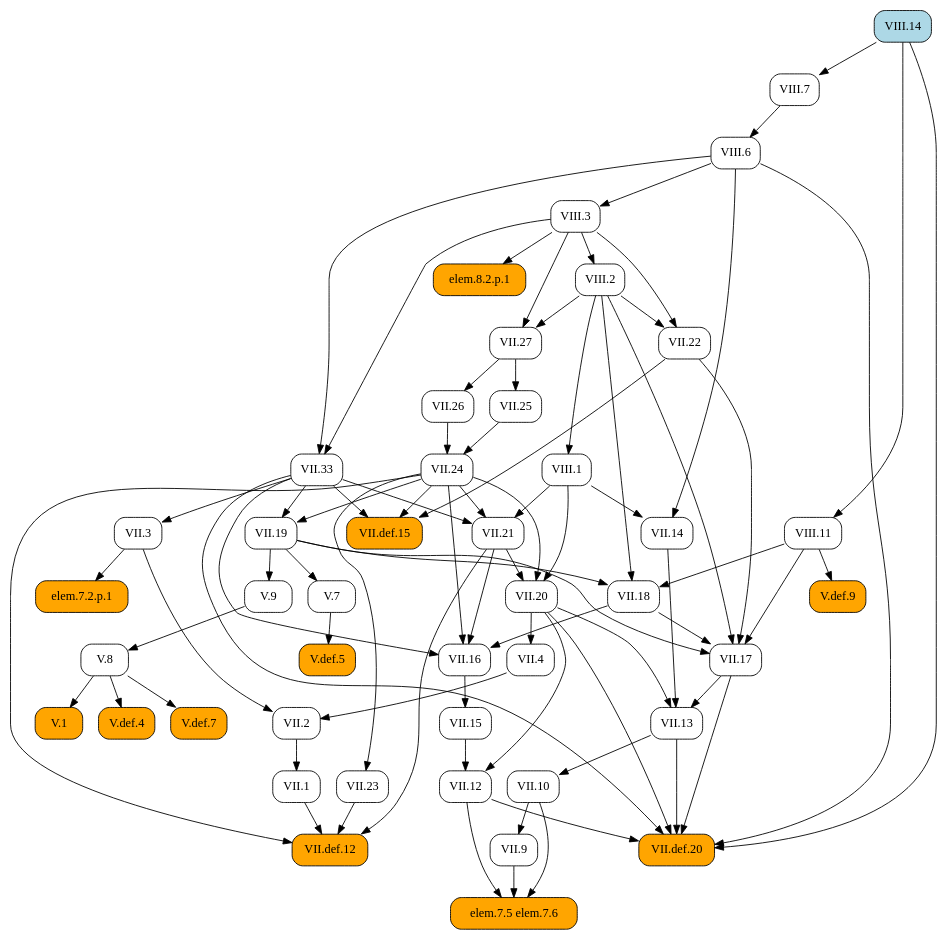
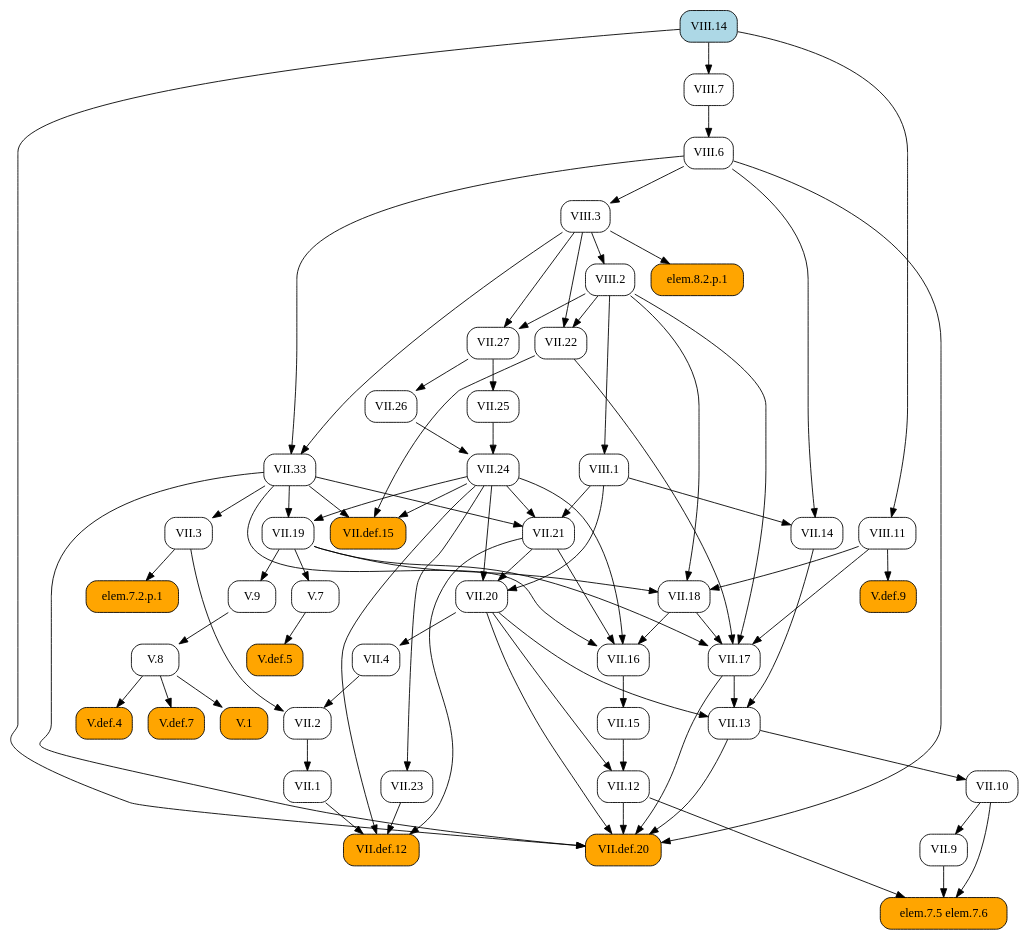
Before and after one commit to geometor/elements: the diagram in docsrc/heath/VIII/14/index.rst, drawn with Graphviz. The commit also changed other lines of this file and 1029 other files, not shown here.

```diff
--- a/docsrc/heath/VIII/14/index.rst
+++ b/docsrc/heath/VIII/14/index.rst
@@ -42,82 +42,121 @@
    digraph {
      rankdir="TB";
      node [shape=box, style=rounded];
-     "V.1" [style="rounded,filled", fillcolor=orange, URL="/heath/V/1/", target="_top"];
+     "VII.1" [URL="/heath/VII/1/", target="_top"];
+     "VII.9" [URL="/heath/VII/9/", target="_top"];
+     "V.def.5" [style="rounded,filled", fillcolor=orange, URL="/heath/V/def.5/", target="_top"];
+     "VII.3" [URL="/heath/VII/3/", target="_top"];
+     "VII.17" [URL="/heath/VII/17/", target="_top"];
+     "elem.7.5 elem.7.6" [style="rounded,filled", fillcolor=orange];
+     "V.7" [URL="/heath/V/7/", target="_top"];
+     "V.9" [URL="/heath/V/9/", target="_top"];
+     "VII.13" [URL="/heath/VII/13/", target="_top"];
+     "VII.2" [URL="/heath/VII/2/", target="_top"];
+     "VIII.1" [URL="/heath/VIII/1/", target="_top"];
+     "VIII.2" [URL="/heath/VIII/2/", target="_top"];
      "VII.12" [URL="/heath/VII/12/", target="_top"];
-     "VII.16" [URL="/heath/VII/16/", target="_top"];
-     "VII.13" [URL="/heath/VII/13/", target="_top"];
+     "VIII.14" [style="rounded,filled", fillcolor=lightblue, URL="/heath/VIII/14/", target="_top"];
+     "VIII.6" [URL="/heath/VIII/6/", target="_top"];
+     "VII.24" [URL="/heath/VII/24/", target="_top"];
+     "VII.def.12" [style="rounded,filled", fillcolor=orange, URL="/heath/VII/def.12/", target="_top"];
+     "V.8" [URL="/heath/V/8/", target="_top"];
+     "VII.33" [URL="/heath/VII/33/", target="_top"];
+     "V.def.9" [style="rounded,filled", fillcolor=orange, URL="/heath/V/def.9/", target="_top"];
+     "elem.7.2.p.1" [style="rounded,filled", fillcolor=orange];
      "VIII.7" [URL="/heath/VIII/7/", target="_top"];
-     "VII.14" [URL="/heath/VII/14/", target="_top"];
-     "V.def.4" [style="rounded,filled", fillcolor=orange, URL="/heath/V/def.4/", target="_top"];
+     "VII.10" [URL="/heath/VII/10/", target="_top"];
      "VII.def.15" [style="rounded,filled", fillcolor=orange, URL="/heath/VII/def.15/", target="_top"];
      "VII.18" [URL="/heath/VII/18/", target="_top"];
-     "V.8" [URL="/heath/V/8/", target="_top"];
+     "VII.19" [URL="/heath/VII/19/", target="_top"];
+     "VIII.11" [URL="/heath/VIII/11/", target="_top"];
+     "VII.16" [URL="/heath/VII/16/", target="_top"];
+     "VII.26" [URL="/heath/VII/26/", target="_top"];
+     "VII.4" [URL="/heath/VII/4/", target="_top"];
+     "VII.25" [URL="/heath/VII/25/", target="_top"];
      "VII.21" [URL="/heath/VII/21/", target="_top"];
-     "V.7" [URL="/heath/V/7/", target="_top"];
+     "V.1" [style="rounded,filled", fillcolor=orange, URL="/heath/V/1/", target="_top"];
+     "VII.20" [URL="/heath/VII/20/", target="_top"];
+     "VII.14" [URL="/heath/VII/14/", target="_top"];
+     "VII.27" [URL="/heath/VII/27/", target="_top"];
+     "VIII.3" [URL="/heath/VIII/3/", target="_top"];
+     "V.def.4" [style="rounded,filled", fillcolor=orange, URL="/heath/V/def.4/", target="_top"];
+     "VII.22" [URL="/heath/VII/22/", target="_top"];
+     "V.def.7" [style="rounded,filled", fillcolor=orange, URL="/heath/V/def.7/", target="_top"];
+     "VII.23" [URL="/heath/VII/23/", target="_top"];
      "VII.15" [URL="/heath/VII/15/", target="_top"];
-     "VII.def.12" [style="rounded,filled", fillcolor=orange, URL="/heath/VII/def.12/", target="_top"];
-     "VII.2" [URL="/heath/VII/2/", target="_top"];
      "VII.def.20" [style="rounded,filled", fillcolor=orange, URL="/heath/VII/def.20/", target="_top"];
-     "VII.3" [URL="/heath/VII/3/", target="_top"];
-     "elem.7.5 elem.7.6" [style="rounded,filled", fillcolor=orange];
      "elem.8.2.p.1" [style="rounded,filled", fillcolor=orange];
-     "VII.10" [URL="/heath/VII/10/", target="_top"];
-     "V.def.7" [style="rounded,filled", fillcolor=orange, URL="/heath/V/def.7/", target="_top"];
-     "V.def.9" [style="rounded,filled", fillcolor=orange, URL="/heath/V/def.9/", target="_top"];
-     "VII.20" [URL="/heath/VII/20/", target="_top"];
-     "VIII.14" [style="rounded,filled", fillcolor=lightblue, URL="/heath/VIII/14/", target="_top"];
-     "VIII.11" [URL="/heath/VIII/11/", target="_top"];
-     "VII.9" [URL="/heath/VII/9/", target="_top"];
-     "VIII.1" [URL="/heath/VIII/1/", target="_top"];
-     "VII.25" [URL="/heath/VII/25/", target="_top"];
-     "VII.23" [URL="/heath/VII/23/", target="_top"];
-     "VII.27" [URL="/heath/VII/27/", target="_top"];
-     "VIII.2" [URL="/heath/VIII/2/", target="_top"];
-     "VII.24" [URL="/heath/VII/24/", target="_top"];
-     "VIII.3" [URL="/heath/VIII/3/", target="_top"];
-     "VII.19" [URL="/heath/VII/19/", target="_top"];
-     "VII.4" [URL="/heath/VII/4/", target="_top"];
-     "elem.7.2.p.1" [style="rounded,filled", fillcolor=orange];
-     "V.9" [URL="/heath/V/9/", target="_top"];
-     "VII.26" [URL="/heath/VII/26/", target="_top"];
-     "VIII.6" [URL="/heath/VIII/6/", target="_top"];
-     "VII.22" [URL="/heath/VII/22/", target="_top"];
-     "VII.1" [URL="/heath/VII/1/", target="_top"];
-     "VII.33" [URL="/heath/VII/33/", target="_top"];
-     "V.def.5" [style="rounded,filled", fillcolor=orange, URL="/heath/V/def.5/", target="_top"];
-     "VII.17" [URL="/heath/VII/17/", target="_top"];
-     "V.8" -> "V.1";
-     "VII.15" -> "VII.12";
-     "VII.20" -> "VII.12";
-     "VII.18" -> "VII.16";
-     "VII.21" -> "VII.16";
-     "VII.24" -> "VII.16";
-     "VII.33" -> "VII.16";
+     "VII.2" -> "VII.1";
+     "VII.10" -> "VII.9";
+     "V.7" -> "V.def.5";
+     "VII.33" -> "VII.3";
+     "VII.18" -> "VII.17";
+     "VII.19" -> "VII.17";
+     "VII.22" -> "VII.17";
+     "VIII.2" -> "VII.17";
+     "VIII.11" -> "VII.17";
+     "VII.9" -> "elem.7.5 elem.7.6";
+     "VII.10" -> "elem.7.5 elem.7.6";
+     "VII.12" -> "elem.7.5 elem.7.6";
+     "VII.19" -> "V.7";
+     "VII.19" -> "V.9";
      "VII.14" -> "VII.13";
      "VII.17" -> "VII.13";
      "VII.20" -> "VII.13";
+     "VII.3" -> "VII.2";
+     "VII.4" -> "VII.2";
+     "VIII.2" -> "VIII.1";
+     "VIII.3" -> "VIII.2";
+     "VII.15" -> "VII.12";
+     "VII.20" -> "VII.12";
+     "VIII.7" -> "VIII.6";
+     "VII.25" -> "VII.24";
+     "VII.26" -> "VII.24";
+     "VII.1" -> "VII.def.12";
+     "VII.21" -> "VII.def.12";
+     "VII.23" -> "VII.def.12";
+     "VII.24" -> "VII.def.12";
+     "V.9" -> "V.8";
+     "VIII.3" -> "VII.33";
+     "VIII.6" -> "VII.33";
+     "VIII.11" -> "V.def.9";
+     "VII.3" -> "elem.7.2.p.1";
      "VIII.14" -> "VIII.7";
-     "VIII.1" -> "VII.14";
-     "VIII.6" -> "VII.14";
-     "V.8" -> "V.def.4";
+     "VII.13" -> "VII.10";
      "VII.22" -> "VII.def.15";
      "VII.24" -> "VII.def.15";
      "VII.33" -> "VII.def.15";
      "VII.19" -> "VII.18";
      "VIII.2" -> "VII.18";
      "VIII.11" -> "VII.18";
-     "V.9" -> "V.8";
+     "VII.24" -> "VII.19";
+     "VII.33" -> "VII.19";
+     "VIII.14" -> "VIII.11";
+     "VII.18" -> "VII.16";
+     "VII.21" -> "VII.16";
+     "VII.24" -> "VII.16";
+     "VII.33" -> "VII.16";
+     "VII.27" -> "VII.26";
+     "VII.20" -> "VII.4";
+     "VII.27" -> "VII.25";
      "VII.24" -> "VII.21";
      "VII.33" -> "VII.21";
      "VIII.1" -> "VII.21";
-     "VII.19" -> "V.7";
+     "V.8" -> "V.1";
+     "VII.21" -> "VII.20";
+     "VII.24" -> "VII.20";
+     "VIII.1" -> "VII.20";
+     "VIII.1" -> "VII.14";
+     "VIII.6" -> "VII.14";
+     "VIII.2" -> "VII.27";
+     "VIII.3" -> "VII.27";
+     "VIII.6" -> "VIII.3";
+     "V.8" -> "V.def.4";
+     "VIII.2" -> "VII.22";
+     "VIII.3" -> "VII.22";
+     "V.8" -> "V.def.7";
+     "VII.24" -> "VII.23";
      "VII.16" -> "VII.15";
-     "VII.1" -> "VII.def.12";
-     "VII.21" -> "VII.def.12";
-     "VII.23" -> "VII.def.12";
-     "VII.24" -> "VII.def.12";
-     "VII.3" -> "VII.2";
-     "VII.4" -> "VII.2";
      "VII.12" -> "VII.def.20";
      "VII.13" -> "VII.def.20";
      "VII.17" -> "VII.def.20";
@@ -125,44 +164,5 @@
      "VII.33" -> "VII.def.20";
      "VIII.6" -> "VII.def.20";
      "VIII.14" -> "VII.def.20";
-     "VII.33" -> "VII.3";
-     "VII.9" -> "elem.7.5 elem.7.6";
-     "VII.10" -> "elem.7.5 elem.7.6";
-     "VII.12" -> "elem.7.5 elem.7.6";
      "VIII.3" -> "elem.8.2.p.1";
-     "VII.13" -> "VII.10";
-     "V.8" -> "V.def.7";
-     "VIII.11" -> "V.def.9";
-     "VII.21" -> "VII.20";
-     "VII.24" -> "VII.20";
-     "VIII.1" -> "VII.20";
-     "VIII.14" -> "VIII.11";
-     "VII.10" -> "VII.9";
-     "VIII.2" -> "VIII.1";
-     "VII.27" -> "VII.25";
-     "VII.24" -> "VII.23";
-     "VIII.2" -> "VII.27";
-     "VIII.3" -> "VII.27";
-     "VIII.3" -> "VIII.2";
-     "VII.25" -> "VII.24";
-     "VII.26" -> "VII.24";
-     "VIII.6" -> "VIII.3";
-     "VII.24" -> "VII.19";
-     "VII.33" -> "VII.19";
-     "VII.20" -> "VII.4";
-     "VII.3" -> "elem.7.2.p.1";
-     "VII.19" -> "V.9";
-     "VII.27" -> "VII.26";
-     "VIII.7" -> "VIII.6";
-     "VIII.2" -> "VII.22";
-     "VIII.3" -> "VII.22";
-     "VII.2" -> "VII.1";
-     "VIII.3" -> "VII.33";
-     "VIII.6" -> "VII.33";
-     "V.7" -> "V.def.5";
-     "VII.18" -> "VII.17";
-     "VII.19" -> "VII.17";
-     "VII.22" -> "VII.17";
-     "VIII.2" -> "VII.17";
-     "VIII.11" -> "VII.17";
    }
```
